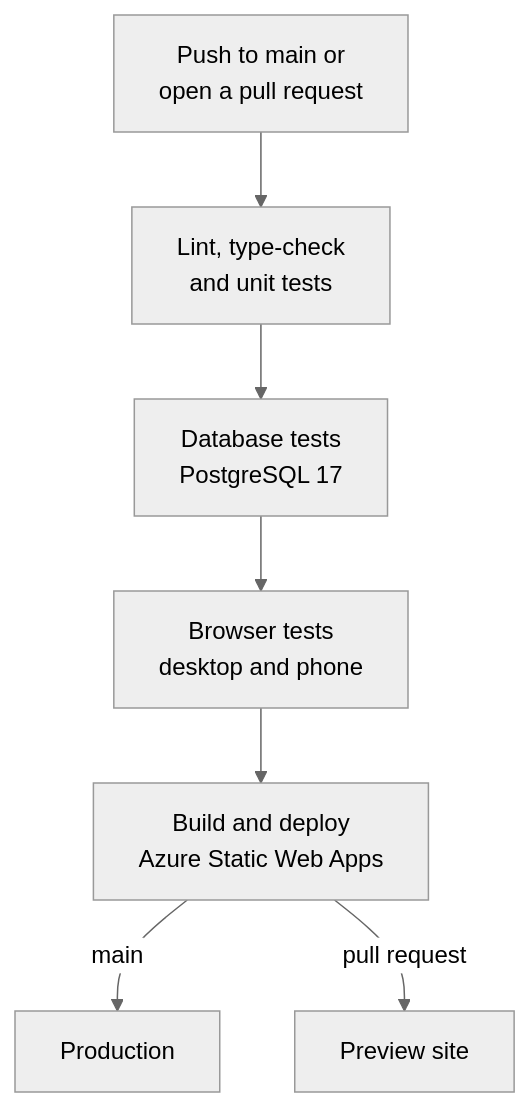
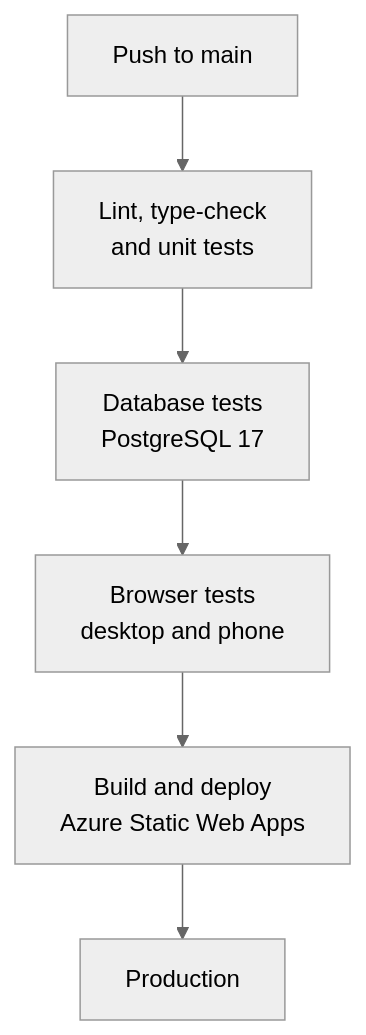
Diagram 11 of 11 in README.md (covaciuandrei/famflix), drawn with Mermaid (neutral theme) before and after one commit. The commit also changed other lines of this file and 2 other files, not shown here.

Commit message:
Keep Azure deployment on main pushes only

````diff
--- a/README.md
+++ b/README.md
@@ -420,9 +420,8 @@
 ```mermaid
 flowchart TD
-    A["Push to main or<br/>open a pull request"] --> B["Lint, type-check<br/>and unit tests"]
+    A["Push to main"] --> B["Lint, type-check<br/>and unit tests"]
     B --> C["Database tests<br/>PostgreSQL 17"]
     C --> D["Browser tests<br/>desktop and phone"]
     D --> E["Build and deploy<br/>Azure Static Web Apps"]
-    E -->|"main"| F["Production"]
-    E -->|"pull request"| G["Preview site"]
+    E --> F["Production"]
 ```
````
